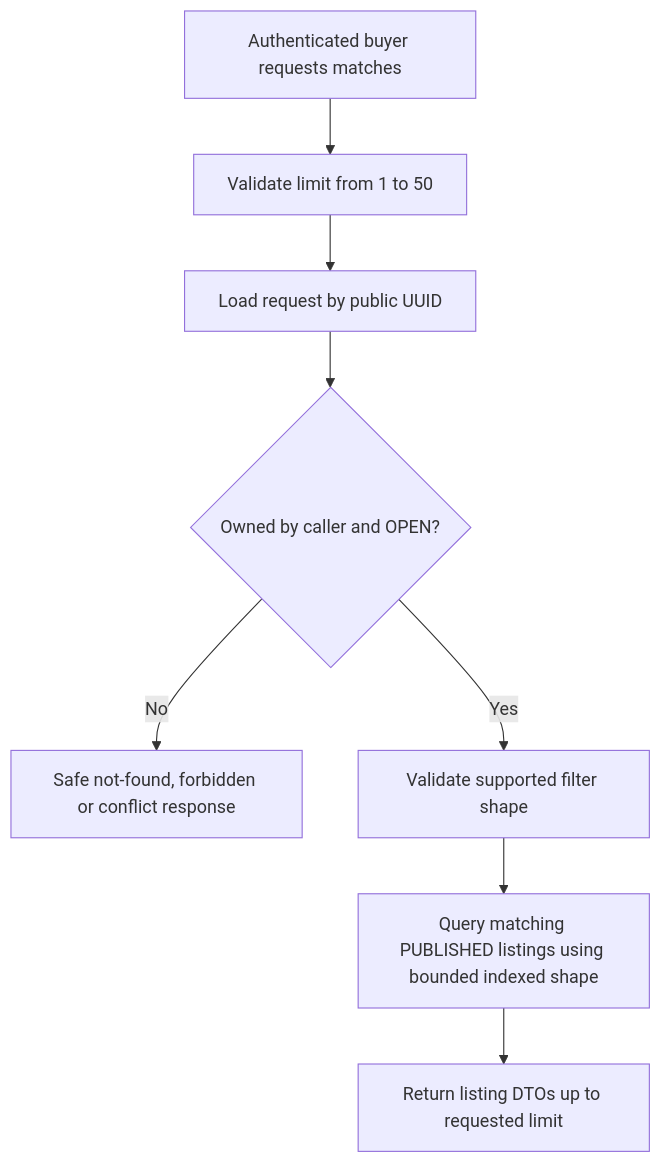
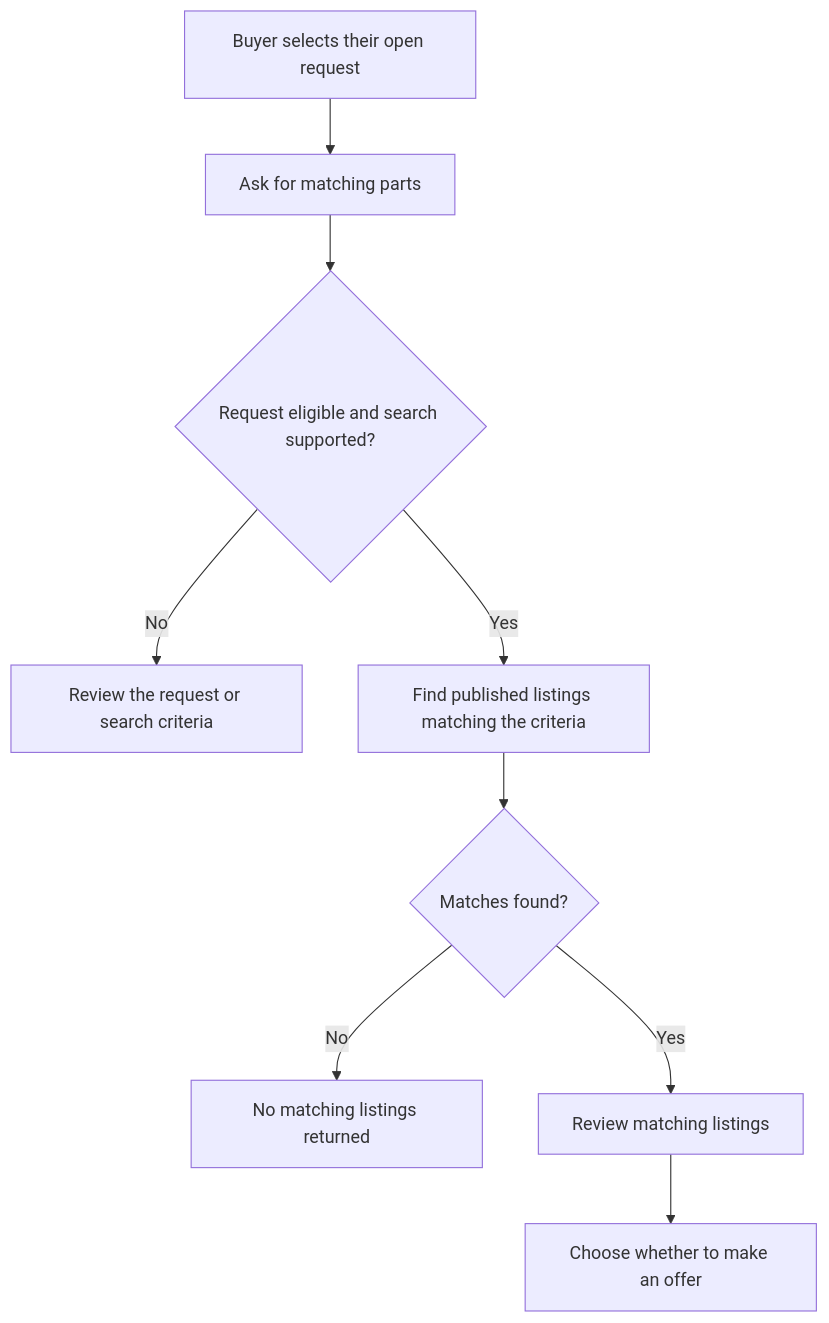
The fifth of 12 diagrams in docs/workflows.md (younessFathi/auto-parto), drawn with Mermaid before and after one commit. The commit also changed other lines of this file and 2 other files, not shown here.

Commit message:
docs: lead with functional buyer and seller journeys

````diff
--- a/docs/workflows.md
+++ b/docs/workflows.md
@@ -260,10 +113,11 @@
 ```mermaid
 flowchart TD
-    BUYER["Authenticated buyer requests matches"] --> LIMIT["Validate limit from 1 to 50"]
-    LIMIT --> LOAD["Load request by public UUID"]
-    LOAD --> OWN{"Owned by caller and OPEN?"}
-    OWN -->|No| REJECT["Safe not-found, forbidden or conflict response"]
-    OWN -->|Yes| FILTER["Validate supported filter shape"]
-    FILTER --> QUERY["Query matching PUBLISHED listings using bounded indexed shape"]
-    QUERY --> RESULTS["Return listing DTOs up to requested limit"]
+    A["Buyer selects their open request"] --> B["Ask for matching parts"]
+    B --> C{"Request eligible and search supported?"}
+    C -->|No| D["Review the request or search criteria"]
+    C -->|Yes| E["Find published listings matching the criteria"]
+    E --> F{"Matches found?"}
+    F -->|No| G["No matching listings returned"]
+    F -->|Yes| H["Review matching listings"]
+    H --> I["Choose whether to make an offer"]
 ```
````
